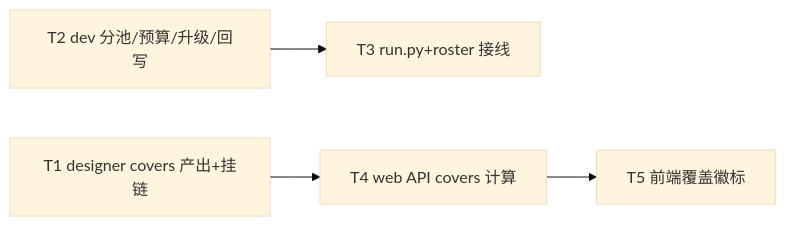
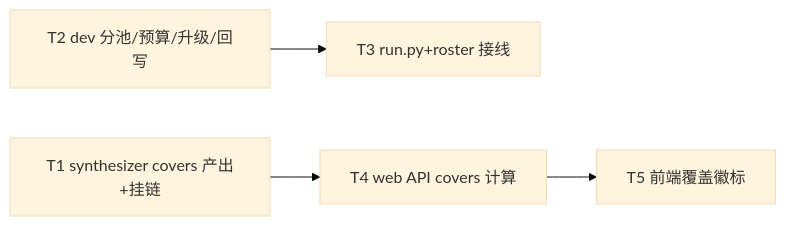
One commit to Curry09/AHE-Beta changed the diagram in docs/specs/0020-issue-covers-dispatch-budget.md. Above: the diagram before and after it, drawn with Mermaid (base theme). The commit also changed other lines of this file and 248 other files, not shown here.

````diff
--- a/docs/specs/0020-issue-covers-dispatch-budget.md
+++ b/docs/specs/0020-issue-covers-dispatch-budget.md
@@ -203,11 +203,11 @@
 ```mermaid
 graph LR
-  T1[T1 designer covers 产出+挂链]
+  T1[T1 synthesizer covers 产出+挂链]
   T2[T2 dev 分池/预算/升级/回写]
   T3[T3 run.py+roster 接线]
   T4[T4 web API covers 计算]
   T5[T5 前端覆盖徽标]
   T1 --> T4
   T2 --> T3
   T4 --> T5
 ```
````
